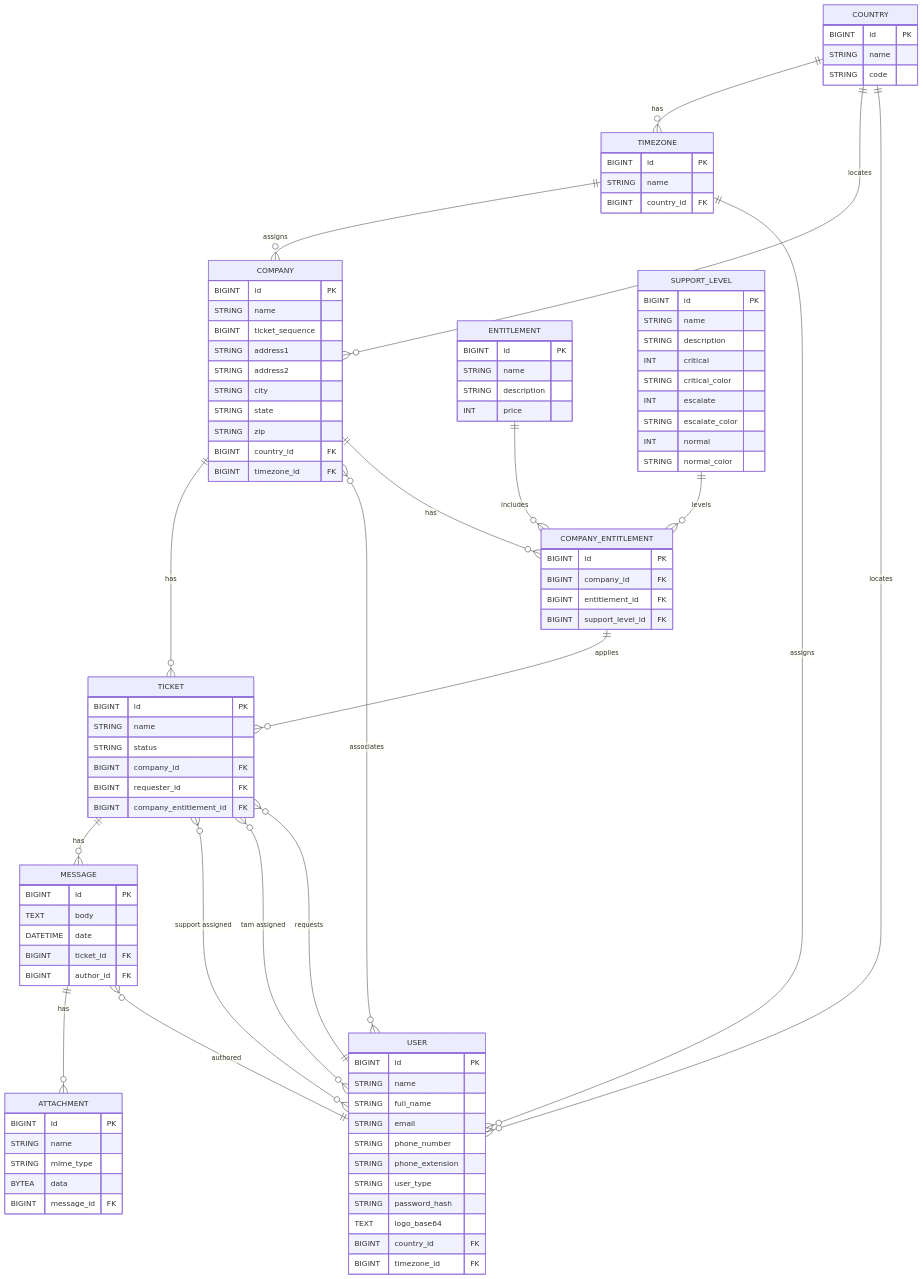
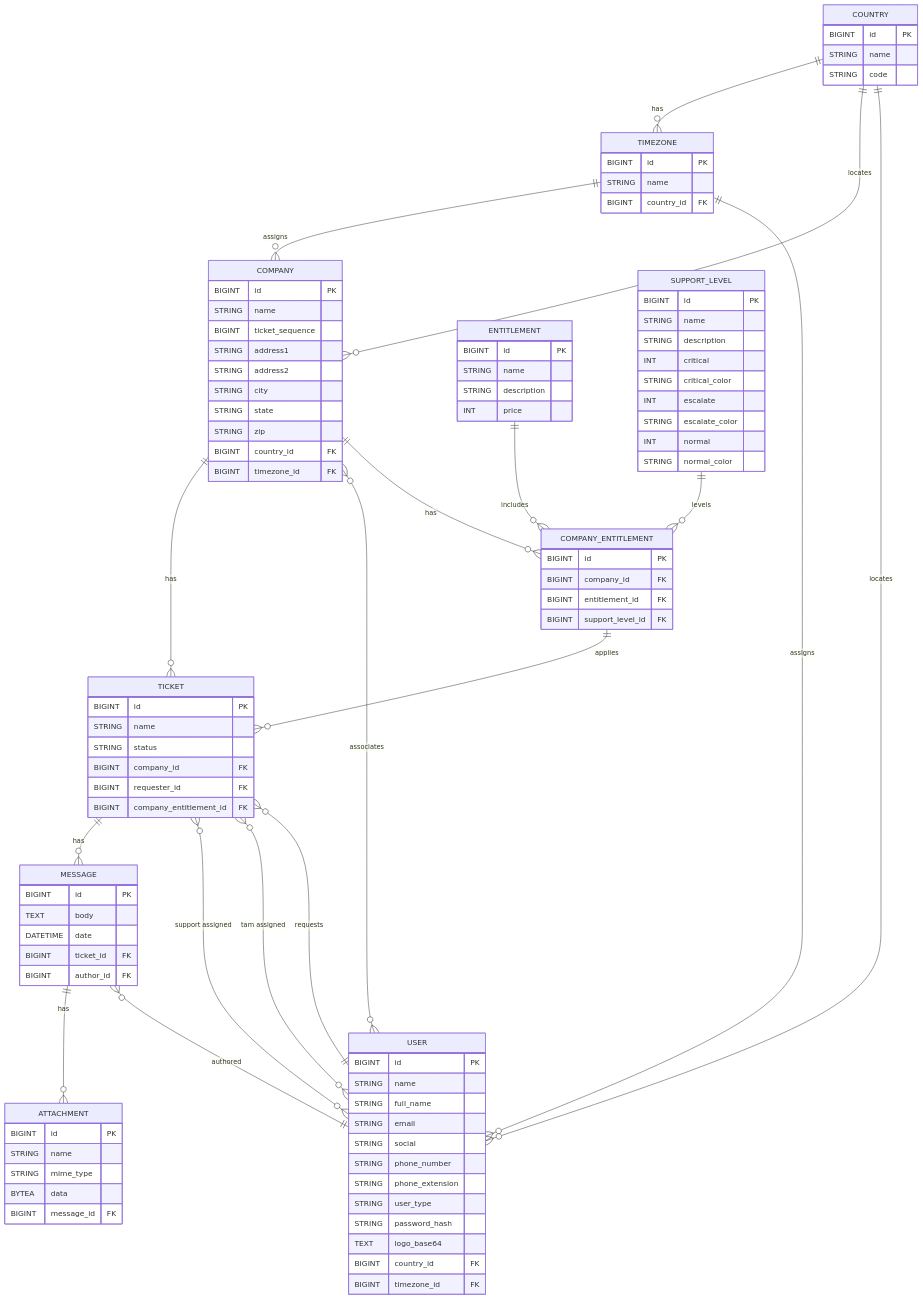
Before and after one commit to mnemosyne-systems/billetsys: the diagram in doc/entity-diagram.md, drawn with Mermaid. The commit also changed 11 other files, not shown here.

```diff
--- a/doc/entity-diagram.md
+++ b/doc/entity-diagram.md
@@ -40,6 +40,7 @@
         STRING name
         STRING full_name
         STRING email
+        STRING social
         STRING phone_number
         STRING phone_extension
         STRING user_type
```
